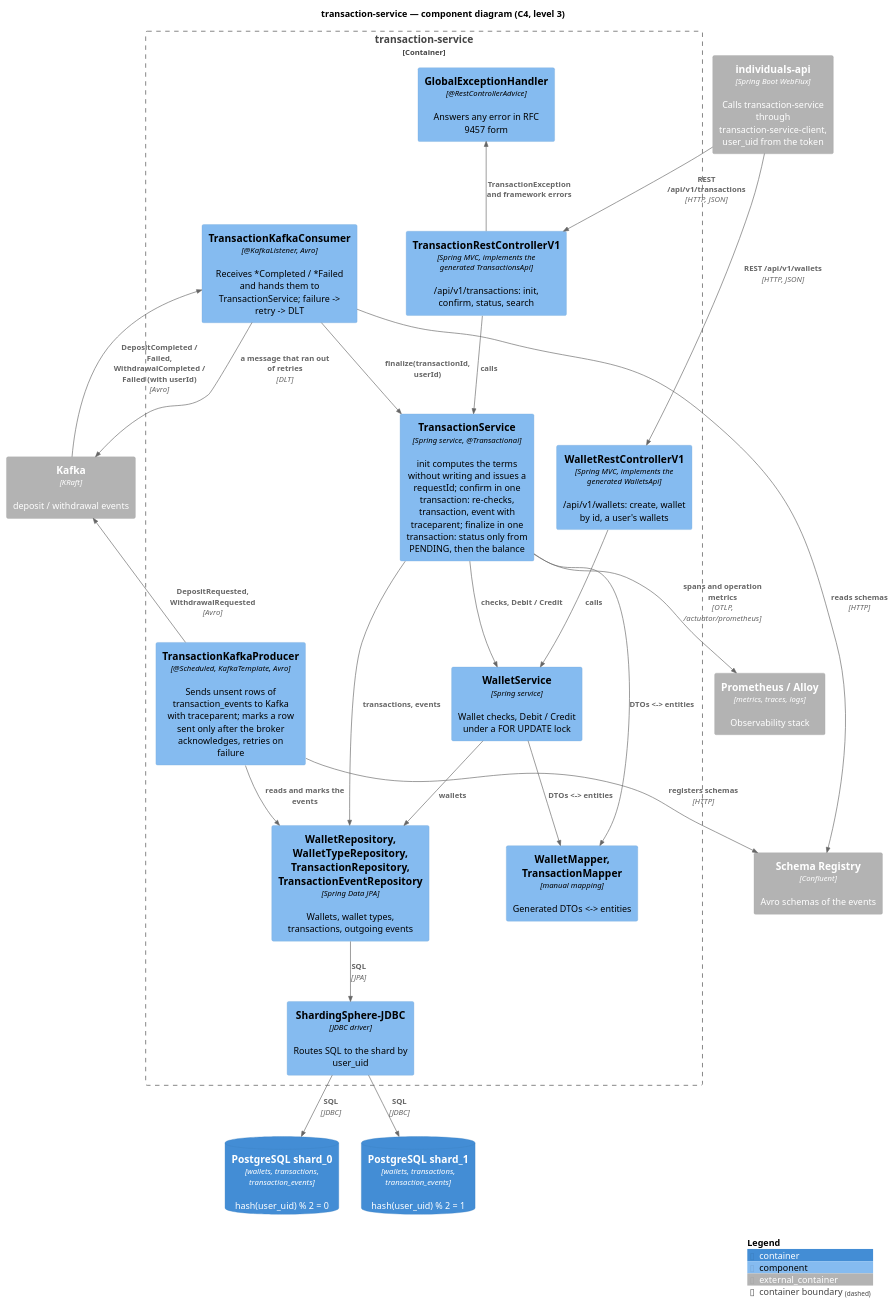
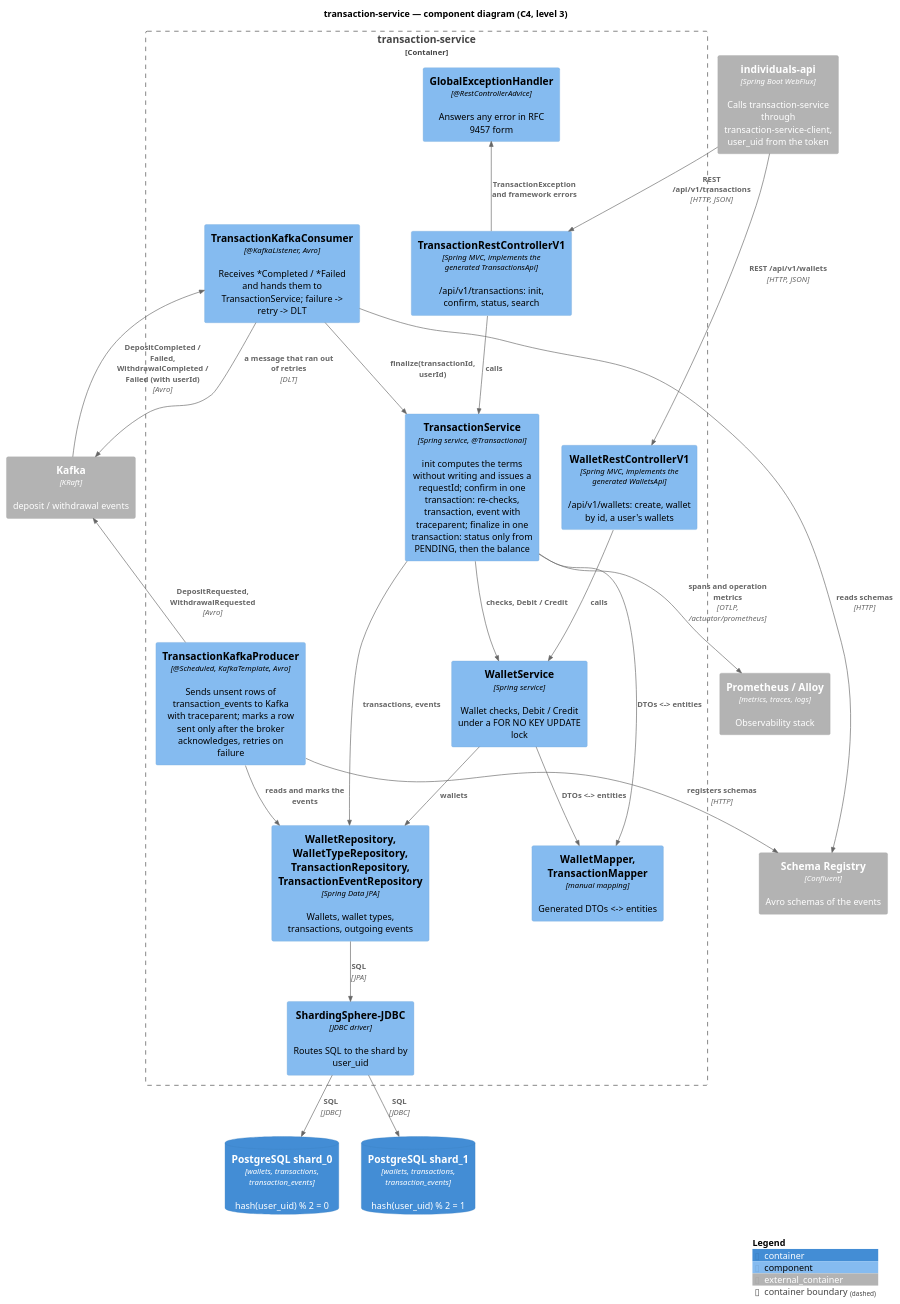
Before and after one commit to dezxxx/payment-platform: the diagram in transaction-service/diagrams-c4/uml/en/component.puml, drawn with PlantUML. The commit also changed 22 other files, not shown here.

```diff
--- a/transaction-service/diagrams-c4/uml/en/component.puml
+++ b/transaction-service/diagrams-c4/uml/en/component.puml
@@ -1,49 +1,49 @@
 @startuml component
 !include <C4/C4_Component>
 
 title transaction-service — component diagram (C4, level 3)
 
 Container_Ext(individualsApi, "individuals-api", "Spring Boot WebFlux", "Calls transaction-service through transaction-service-client, user_uid from the token")
 ContainerDb(shard0, "PostgreSQL shard_0", "wallets, transactions, transaction_events", "hash(user_uid) % 2 = 0")
 ContainerDb(shard1, "PostgreSQL shard_1", "wallets, transactions, transaction_events", "hash(user_uid) % 2 = 1")
 Container_Ext(kafka, "Kafka", "KRaft", "deposit / withdrawal events")
 Container_Ext(schemaRegistry, "Schema Registry", "Confluent", "Avro schemas of the events")
 Container_Ext(observability, "Prometheus / Alloy", "metrics, traces, logs", "Observability stack")
 
 Container_Boundary(app, "transaction-service") {
     Component(walletController, "WalletRestControllerV1", "Spring MVC, implements the generated WalletsApi", "/api/v1/wallets: create, wallet by id, a user's wallets")
     Component(transactionController, "TransactionRestControllerV1", "Spring MVC, implements the generated TransactionsApi", "/api/v1/transactions: init, confirm, status, search")
     Component(handler, "GlobalExceptionHandler", "@RestControllerAdvice", "Answers any error in RFC 9457 form")
     Component(transactionService, "TransactionService", "Spring service, @Transactional", "init computes the terms without writing and issues a requestId; confirm in one transaction: re-checks, transaction, event with traceparent; finalize in one transaction: status only from PENDING, then the balance")
-    Component(walletService, "WalletService", "Spring service", "Wallet checks, Debit / Credit under a FOR UPDATE lock")
+    Component(walletService, "WalletService", "Spring service", "Wallet checks, Debit / Credit under a FOR NO KEY UPDATE lock")
     Component(mappers, "WalletMapper, TransactionMapper", "manual mapping", "Generated DTOs <-> entities")
     Component(repositories, "WalletRepository, WalletTypeRepository, TransactionRepository, TransactionEventRepository", "Spring Data JPA", "Wallets, wallet types, transactions, outgoing events")
     Component(sharding, "ShardingSphere-JDBC", "JDBC driver", "Routes SQL to the shard by user_uid")
     Component(publisher, "TransactionKafkaProducer", "@Scheduled, KafkaTemplate, Avro", "Sends unsent rows of transaction_events to Kafka with traceparent; marks a row sent only after the broker acknowledges, retries on failure")
     Component(consumer, "TransactionKafkaConsumer", "@KafkaListener, Avro", "Receives *Completed / *Failed and hands them to TransactionService; failure -> retry -> DLT")
 }
 
 Rel(individualsApi, walletController, "REST /api/v1/wallets", "HTTP, JSON")
 Rel(individualsApi, transactionController, "REST /api/v1/transactions", "HTTP, JSON")
 Rel(walletController, walletService, "calls")
 Rel(transactionController, transactionService, "calls")
 Rel_Back(handler, transactionController, "TransactionException and framework errors")
 Rel(transactionService, walletService, "checks, Debit / Credit")
 Rel(transactionService, mappers, "DTOs <-> entities")
 Rel(walletService, mappers, "DTOs <-> entities")
 Rel(transactionService, repositories, "transactions, events")
 Rel(walletService, repositories, "wallets")
 Rel(publisher, repositories, "reads and marks the events")
 Rel(consumer, transactionService, "finalize(transactionId, userId)")
 Rel(repositories, sharding, "SQL", "JPA")
 Rel(sharding, shard0, "SQL", "JDBC")
 Rel(sharding, shard1, "SQL", "JDBC")
 Rel(publisher, kafka, "DepositRequested, WithdrawalRequested", "Avro")
 Rel(kafka, consumer, "DepositCompleted / Failed, WithdrawalCompleted / Failed (with userId)", "Avro")
 Rel(publisher, schemaRegistry, "registers schemas", "HTTP")
 Rel(consumer, schemaRegistry, "reads schemas", "HTTP")
 Rel(consumer, kafka, "a message that ran out of retries", "DLT")
 Rel(transactionService, observability, "spans and operation metrics", "OTLP, /actuator/prometheus")
 
 SHOW_LEGEND()
 @enduml
```
